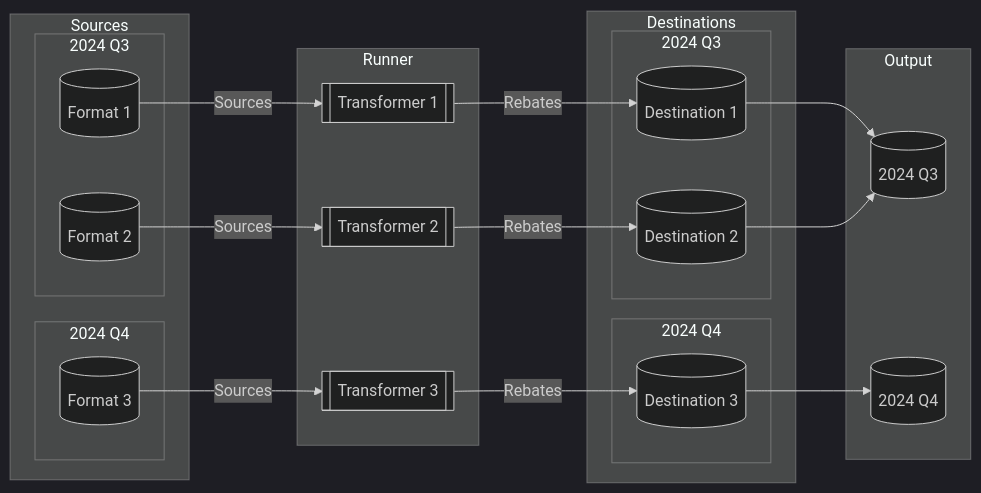
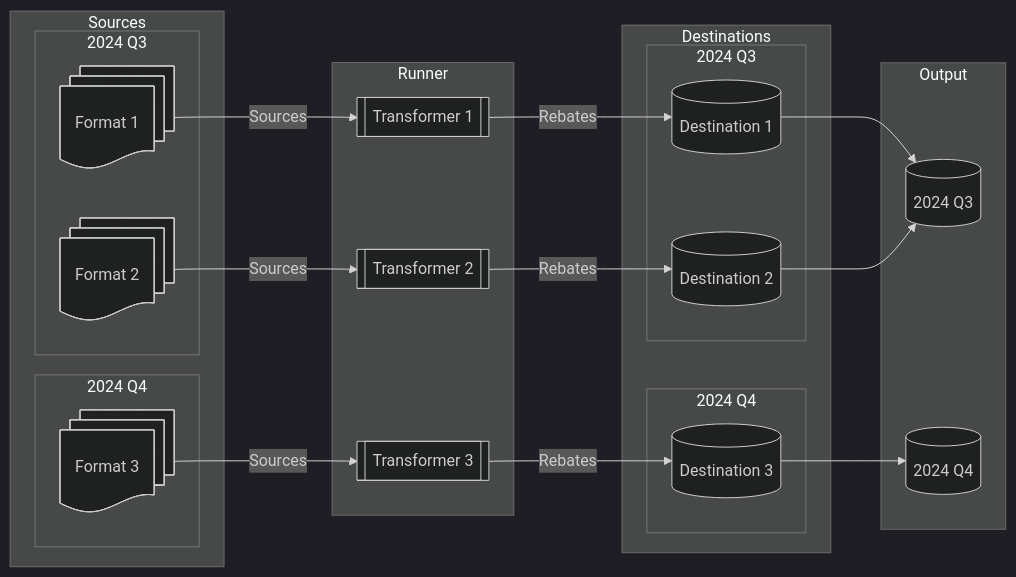
One commit to mvhutz/rebater changed the diagram in docs/design.md. Above: the diagram before and after it, drawn with Mermaid (dark theme).

Commit message:
feat: better graph

````diff
--- a/docs/design.md
+++ b/docs/design.md
@@ -5,37 +5,37 @@
 ```mermaid
 graph LR
   subgraph Sources
     subgraph FQ1[2024 Q3]
-      F1[(Format 1)]
-      F2[(Format 2)]
+      F1@{ shape: docs, label: "Format 1" }
+      F2@{ shape: docs, label: "Format 2" }
     end
     subgraph FQ2[2024 Q4]
-      F3[(Format 3)]
+      F3@{ shape: docs, label: "Format 3" }
     end
   end
 
   subgraph Runner
     T1[[Transformer 1]]
     T2[[Transformer 2]]
     T3[[Transformer 3]]
   end
 
   subgraph Destinations
     subgraph DQ1[2024 Q3]
       D1[(Destination 1)]
       D2[(Destination 2)]
     end
     subgraph DQ2[2024 Q4]
       D3[(Destination 3)]
     end
   end
 
   subgraph Output
     O1[(2024 Q3)]
     O2[(2024 Q4)]
   end
 
   F1 -- Sources --> T1 -- Rebates --> D1 --> O1
   F2 -- Sources --> T2 -- Rebates --> D2 --> O1
   F3 -- Sources --> T3 -- Rebates --> D3 --> O2
 ```
````
